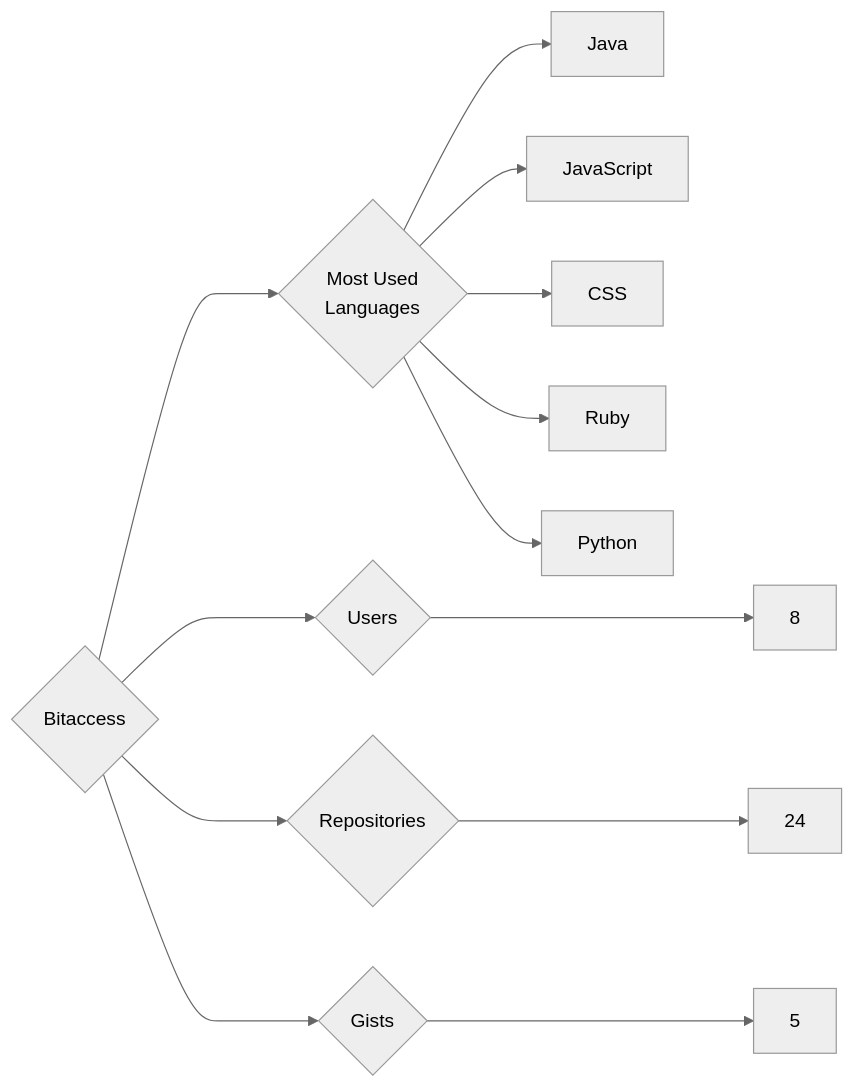
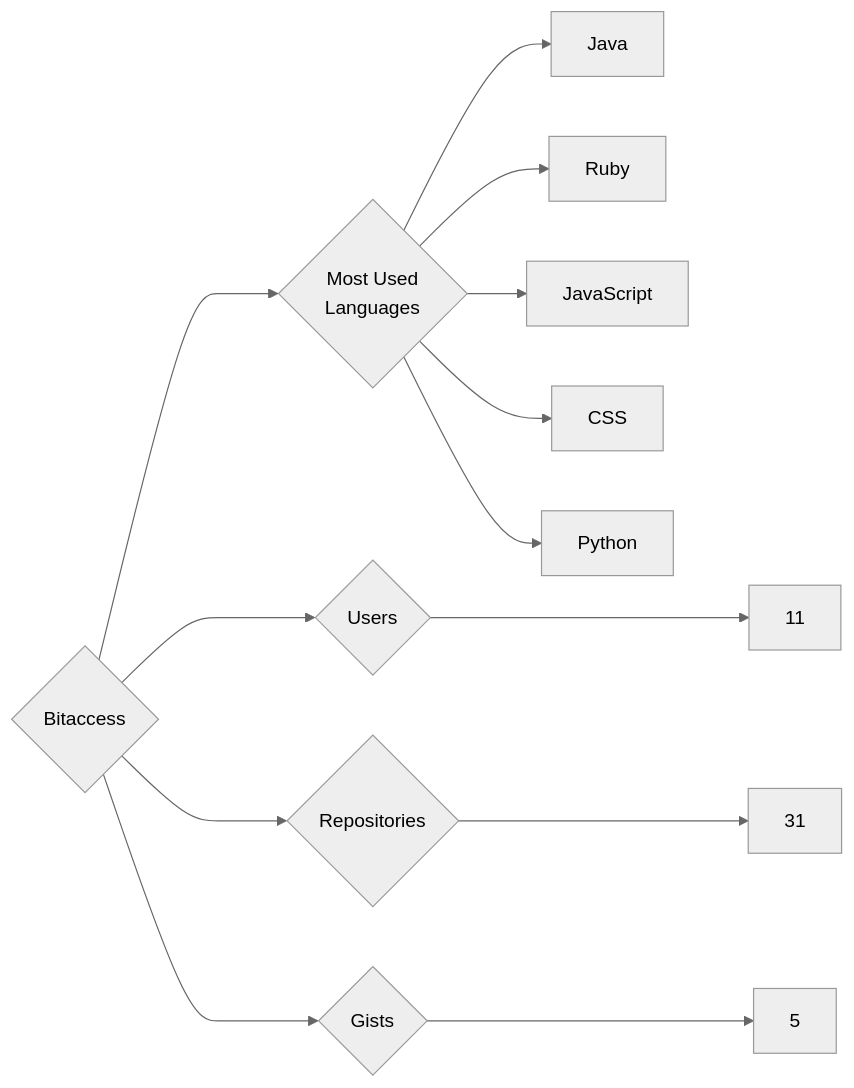
The diagram in targets/Bitaccess/README.md (trickest/insiders), drawn with Mermaid (neutral theme) before and after one commit. The commit also changed 1212 other files, not shown here.

````diff
--- a/targets/Bitaccess/README.md
+++ b/targets/Bitaccess/README.md
@@ -3,13 +3,13 @@
 ```mermaid
 graph LR
 COMPANY_NAME{Bitaccess}
-COMPANY_NAME ---> U{Users} ---> UN[8]
-COMPANY_NAME ---> R{Repositories} ---> RN[24]
+COMPANY_NAME ---> U{Users} ---> UN[11]
+COMPANY_NAME ---> R{Repositories} ---> RN[31]
 COMPANY_NAME ---> G{Gists} ---> GN[5]
 COMPANY_NAME ---> ML{Most Used<br>Languages}
 ML --> Java[Java]
+ML --> Ruby[Ruby]
 ML --> JavaScript[JavaScript]
 ML --> CSS[CSS]
-ML --> Ruby[Ruby]
 ML --> Python[Python]
 ```
````
